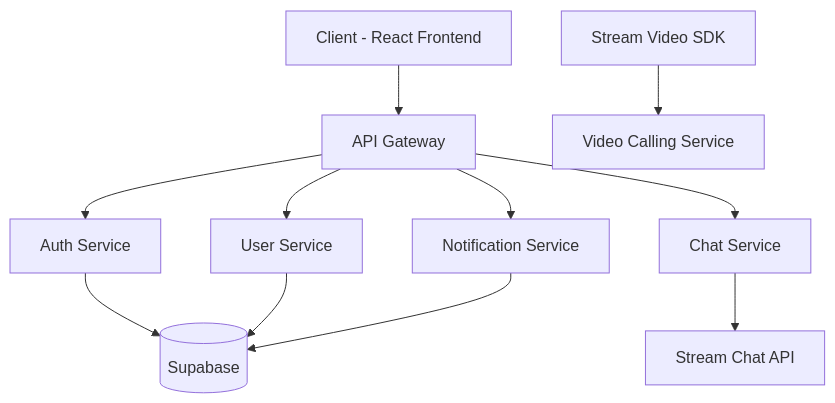
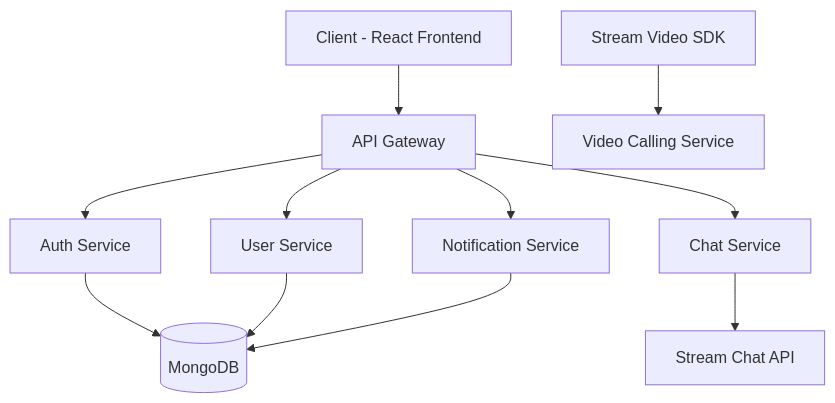
One commit to BizzColab/collab-chat1 changed the first of 4 diagrams in README.md. Above: the diagram before and after it, drawn with Mermaid.

Commit message:
Update database from Supabase to MongoDB

````diff
--- a/README.md
+++ b/README.md
@@ -25,13 +25,13 @@
 ```mermaid
 graph TB
     A[Client - React Frontend] --> B[API Gateway]
     B --> C[Auth Service]
     B --> D[User Service]
     B --> E[Chat Service]
     B --> F[Notification Service]
-    C --> G[(Supabase)]
+    C --> G[(MongoDB)]
     D --> G
     E --> H[Stream Chat API]
     F --> G
     I[Stream Video SDK] --> J[Video Calling Service]
 ```
````
